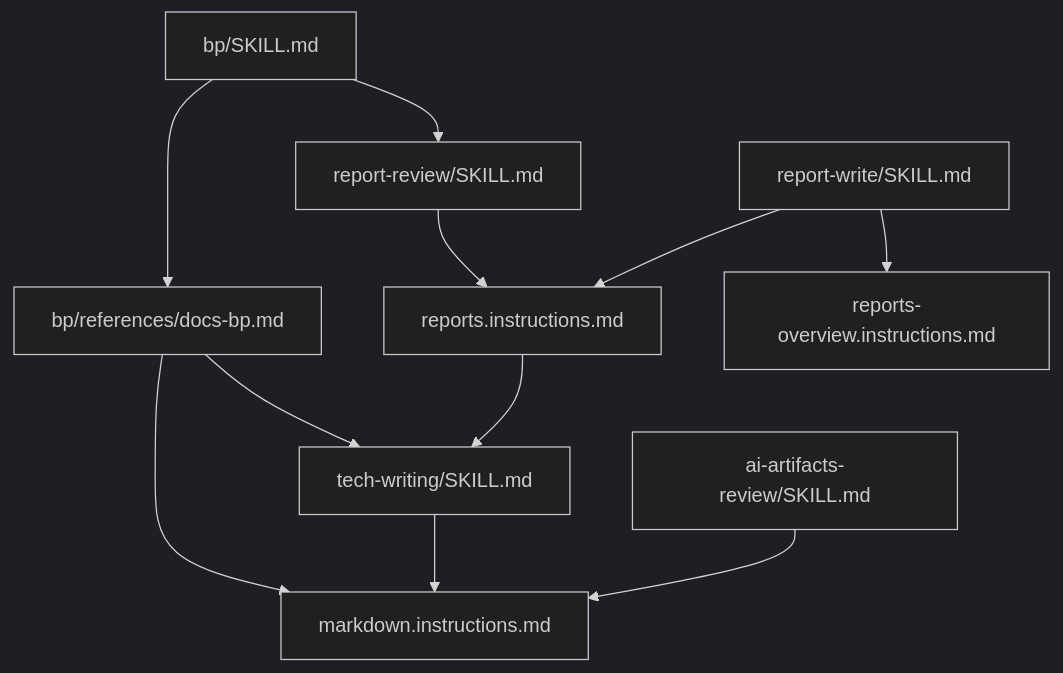
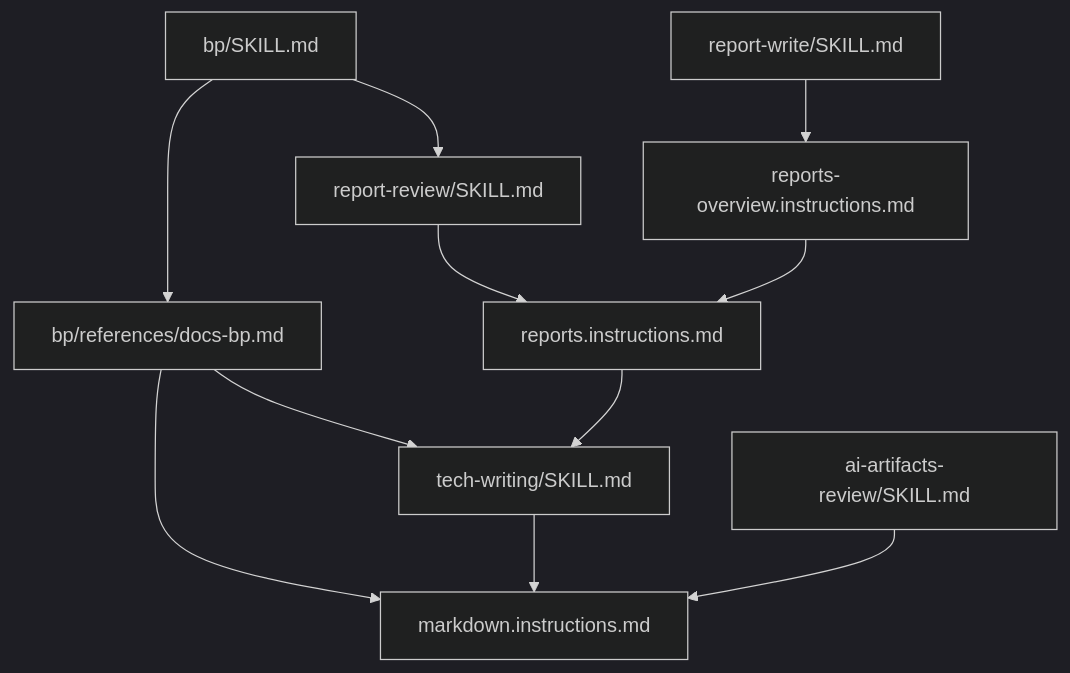
One commit to SavenkovIgor/railing changed the diagram in README.md. Above: the diagram before and after it, drawn with Mermaid (dark theme). The commit also changed 3 other files, not shown here.

````diff
--- a/README.md
+++ b/README.md
@@ -40,23 +40,23 @@
 ```mermaid
 flowchart TD
     BP["bp/SKILL.md"]
     RR["report-review/SKILL.md"]
     RW["report-write/SKILL.md"]
     DOCS["bp/references/docs-bp.md"]
     REP["reports.instructions.md"]
     RO["reports-overview.instructions.md"]
     TW["tech-writing/SKILL.md"]
     AAR["ai-artifacts-review/SKILL.md"]
     MD["markdown.instructions.md"]
 
     BP --> DOCS
     BP --> RR
     RR --> REP
-    RW --> REP
     RW --> RO
+    RO --> REP
     DOCS --> TW
     DOCS --> MD
     REP --> TW
     TW --> MD
     AAR --> MD
 ```
````
